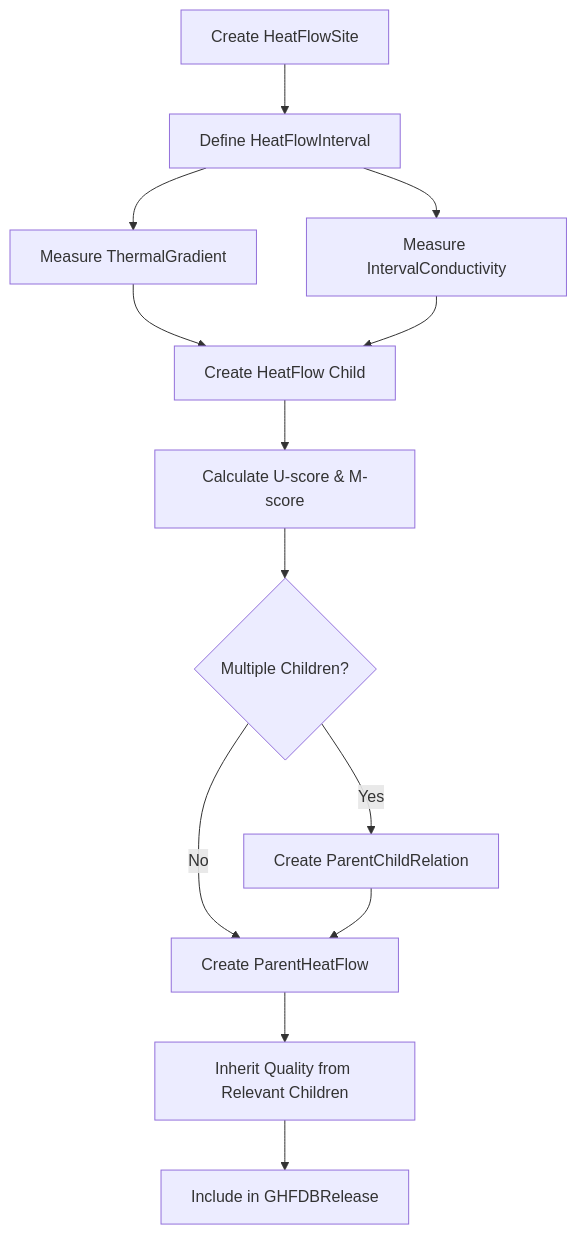
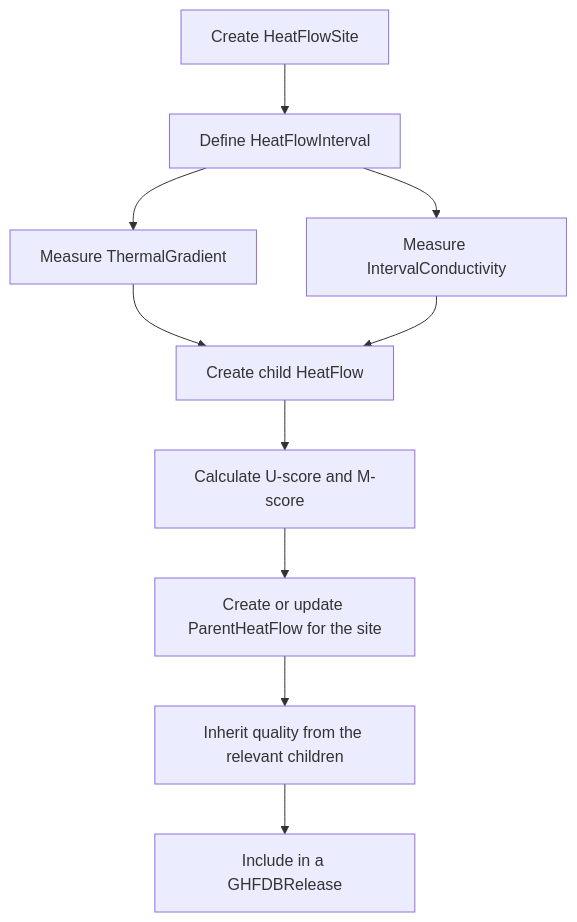
The second of 2 diagrams in docs/data_models/ghfdb-erd.md (ihfc-iugg/ghfdb-portal), drawn with Mermaid before and after one commit. The commit also changed other lines of this file and 19 other files, not shown here.

````diff
--- a/docs/data_models/ghfdb-erd.md
+++ b/docs/data_models/ghfdb-erd.md
@@ -380,15 +410,12 @@
 ```mermaid
 flowchart TD
     A[Create HeatFlowSite] --> B[Define HeatFlowInterval]
     B --> C[Measure ThermalGradient]
     B --> D[Measure IntervalConductivity]
-    C --> E[Create HeatFlow Child]
+    C --> E[Create child HeatFlow]
     D --> E
-    E --> F[Calculate U-score & M-score]
-    F --> G{Multiple Children?}
-    G -->|Yes| H[Create ParentChildRelation]
-    G -->|No| I[Create ParentHeatFlow]
-    H --> I
-    I --> J[Inherit Quality from Relevant Children]
-    J --> K[Include in GHFDBRelease]
+    E --> F[Calculate U-score and M-score]
+    F --> G[Create or update ParentHeatFlow for the site]
+    G --> H[Inherit quality from the relevant children]
+    H --> I[Include in a GHFDBRelease]
 ```
````
